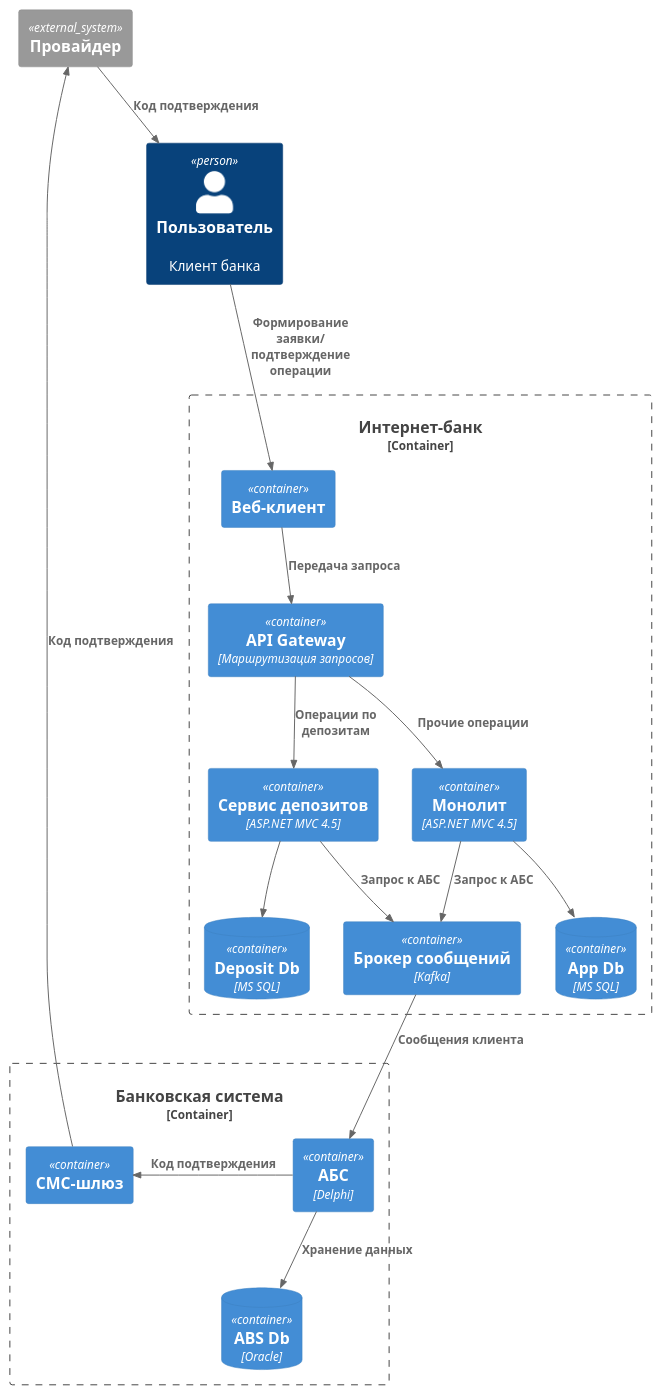
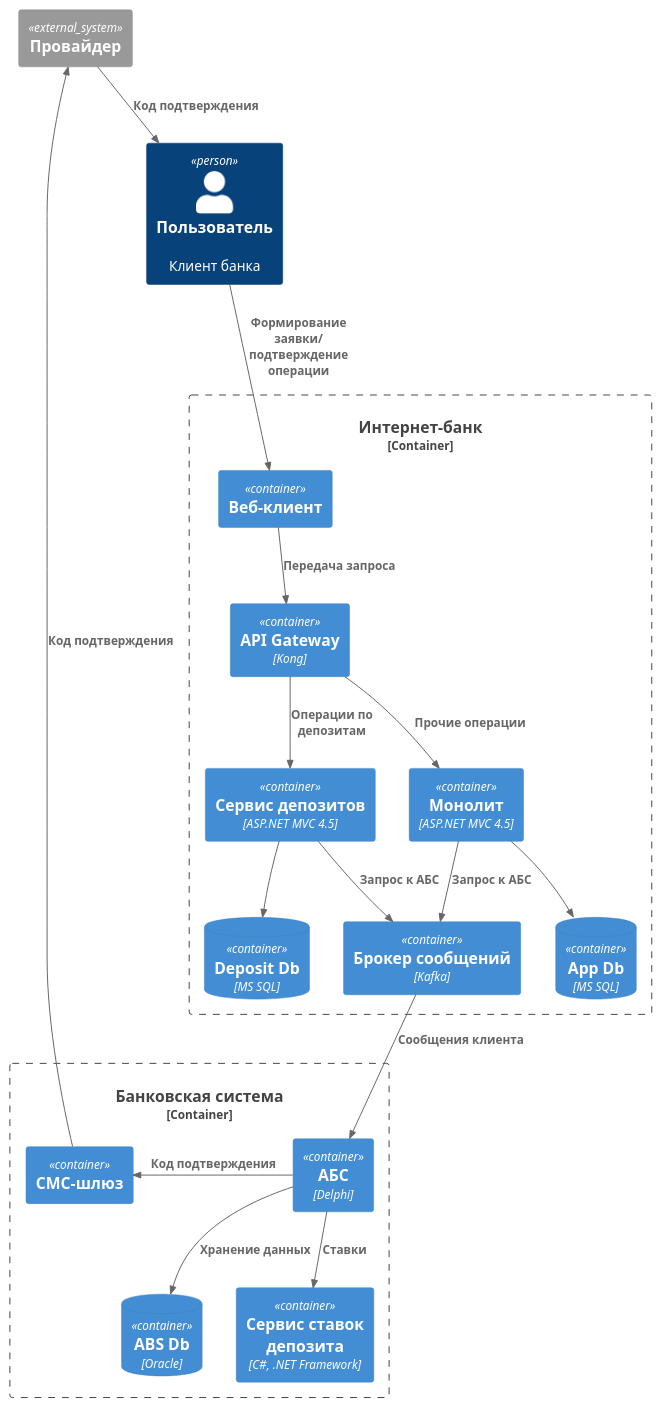
Before and after one commit to mikhel1984/architecture-standart: the diagram in Task3/containers.puml, drawn with PlantUML. The commit also changed 8 other files, not shown here.

```diff
--- a/Task3/containers.puml
+++ b/Task3/containers.puml
@@ -1,44 +1,46 @@
 @startuml UC2_Containers
 
 top to bottom direction
 
 '!includeurl https://raw.githubusercontent.com/RicardoNiepel/C4-PlantUML/master/C4_Component.puml
 !include <C4/C4_Container.puml>
 
 Person(user, "Пользователь", "Клиент банка")
 
 Container_Boundary(app, "Интернет-банк") {
     Container(webapp, "Веб-клиент")
-    Container(gateway, "API Gateway", "Маршрутизация запросов")
+    Container(gateway, "API Gateway", "Kong")
     Container(monolith, "Монолит", "ASP.NET MVC 4.5")
     ContainerDb(monolith_db, "App Db", "MS SQL")
     Container(deposit, "Сервис депозитов", "ASP.NET MVC 4.5")
     ContainerDb(deposit_db, "Deposit Db", "MS SQL")
     Container(broker, "Брокер сообщений", "Kafka")
 }
 
 Container_Boundary(bank, "Банковская система") {
     Container(abs, "АБС", "Delphi")
     Container(sms, "СМС-шлюз", "")
     ContainerDb(db, "ABS Db", "Oracle")
+    Container(percent, "Сервис ставок депозита", "C#, .NET Framework")
 }
 
 System_Ext(provider, "Провайдер")
 
 Rel(user, webapp, "Формирование заявки/ подтверждение операции")
 Rel(webapp, gateway, "Передача запроса")
 Rel(gateway, deposit, "Операции по депозитам")
 Rel(gateway, monolith, "Прочие операции")
 Rel(deposit, deposit_db, "")
 Rel(monolith, monolith_db, "")
 Rel(deposit, broker, "Запрос к АБС")
 Rel(monolith, broker, "Запрос к АБС")
 Rel(broker, abs, "Сообщения клиента")
 
 Rel_R(abs, sms, "Код подтверждения")
 Rel(abs, db, "Хранение данных")
 Rel(sms, provider, "Код подтверждения")
+Rel(abs, percent, "Ставки")
 
 Rel(provider, user, "Код подтверждения")
 
 @enduml
```
